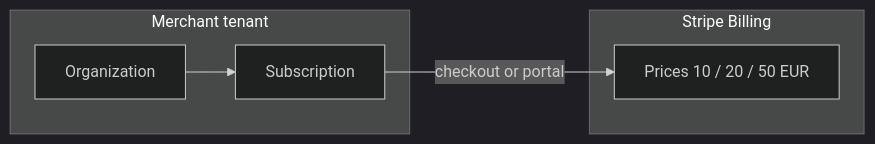
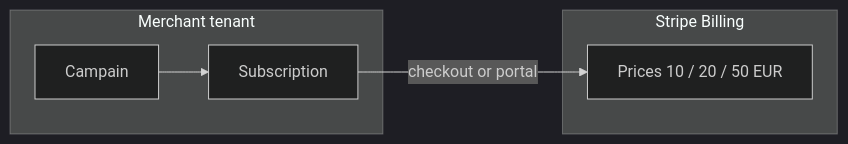
Before and after one commit to stelgkio/AffilFlow: the diagram in docs/12-platform-subscriptions-billing.md, drawn with Mermaid (dark theme). The commit also changed other lines of this file and 58 other files, not shown here.

````diff
--- a/docs/12-platform-subscriptions-billing.md
+++ b/docs/12-platform-subscriptions-billing.md
@@ -33,12 +33,12 @@
 ```mermaid
 flowchart LR
   subgraph merchant [Merchant tenant]
-    T[Organization]
+    T[Campain]
     SUB[Subscription]
   end
   subgraph stripe [Stripe Billing]
     PRICE[Prices 10 / 20 / 50 EUR]
   end
   T --> SUB
   SUB -->|checkout or portal| PRICE
 ```
````
